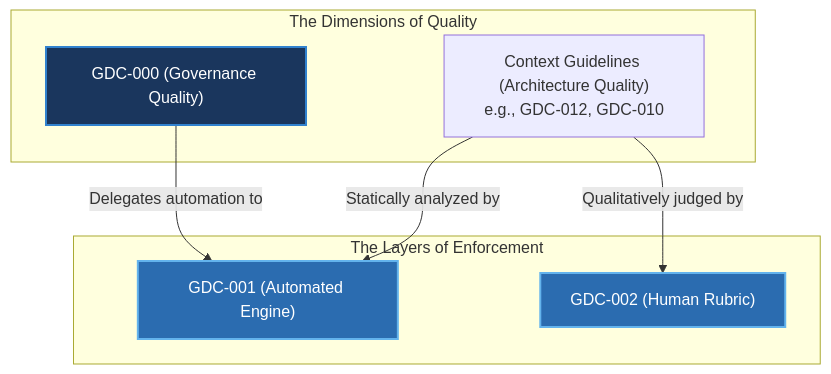
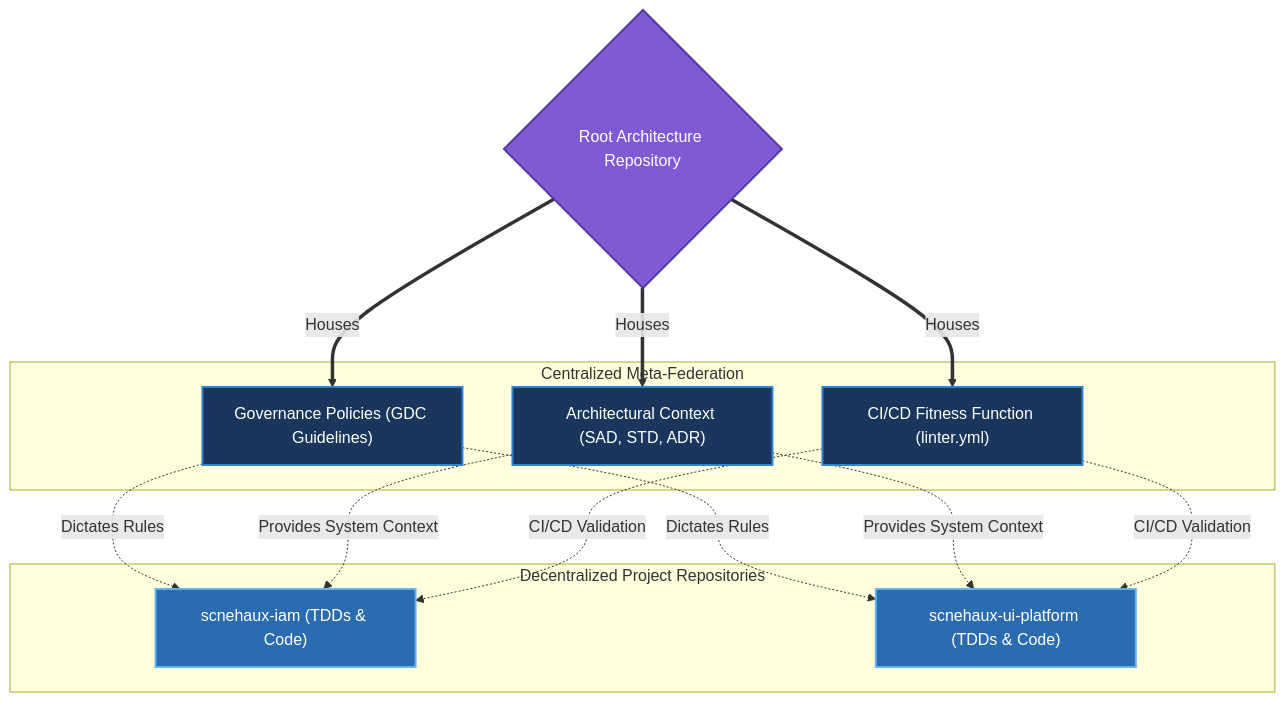
Before and after one commit to anshacerbia2/scnehaux-architecture: the first of 6 diagrams in 00-governance/GDC-000-governance-policy.md, drawn with Mermaid. The commit also changed other lines of this file and 95 other files, not shown here.

Commit message:
chore: save current state before Architecture-as-Data transition

```diff
--- a/00-governance/GDC-000-governance-policy.md
+++ b/00-governance/GDC-000-governance-policy.md
@@ -67,20 +92,35 @@
 ~~~mermaid
 graph TD
-   subgraph Dimensions ["The Dimensions of Quality"]
-      GovQuality["GDC-000 (Governance Quality)"]
-      ArchQuality["Context Guidelines (Architecture Quality)<br>e.g., GDC-012, GDC-010"]
-   end
+    Root{"Root Architecture Repository"}
 
-   subgraph Enforcement ["The Layers of Enforcement"]
-      Linter["GDC-001 (Automated Engine)"]
-      Rubric["GDC-002 (Human Rubric)"]
-   end
+    subgraph Hub ["Centralized Meta-Federation"]
+        Policies["Governance Policies (GDC Guidelines)"]
+        Docs["Architectural Context (SAD, STD, ADR)"]
+        Engine["CI/CD Fitness Function (linter.yml)"]
+    end
 
-   GovQuality -->|Delegates automation to| Linter
-   ArchQuality -->|Statically analyzed by| Linter
-   ArchQuality -->|Qualitatively judged by| Rubric
+    subgraph Spokes ["Decentralized Project Repositories"]
+        Project1["scnehaux-iam (TDDs & Code)"]
+        Project2["scnehaux-ui-platform (TDDs & Code)"]
+    end
 
-   style GovQuality fill:#1a365d,stroke:#3182ce,stroke-width:2px,color:#fff
-   style Linter fill:#2b6cb0,stroke:#63b3ed,stroke-width:2px,color:#fff
-   style Rubric fill:#2b6cb0,stroke:#63b3ed,stroke-width:2px,color:#fff
+    Root ==>|Houses| Policies
+    Root ==>|Houses| Docs
+    Root ==>|Houses| Engine
+
+    Policies -.->|Dictates Rules| Project1
+    Policies -.->|Dictates Rules| Project2
+
+    Docs -.->|Provides System Context| Project1
+    Docs -.->|Provides System Context| Project2
+
+    Engine -.->|CI/CD Validation| Project1
+    Engine -.->|CI/CD Validation| Project2
+
+    style Root fill:#805ad5,stroke:#553c9a,stroke-width:2px,color:#fff
+    style Policies fill:#1a365d,stroke:#3182ce,stroke-width:2px,color:#fff
+    style Docs fill:#1a365d,stroke:#3182ce,stroke-width:2px,color:#fff
+    style Engine fill:#1a365d,stroke:#3182ce,stroke-width:2px,color:#fff
+    style Project1 fill:#2b6cb0,stroke:#63b3ed,stroke-width:2px,color:#fff
+    style Project2 fill:#2b6cb0,stroke:#63b3ed,stroke-width:2px,color:#fff
 ~~~
```
